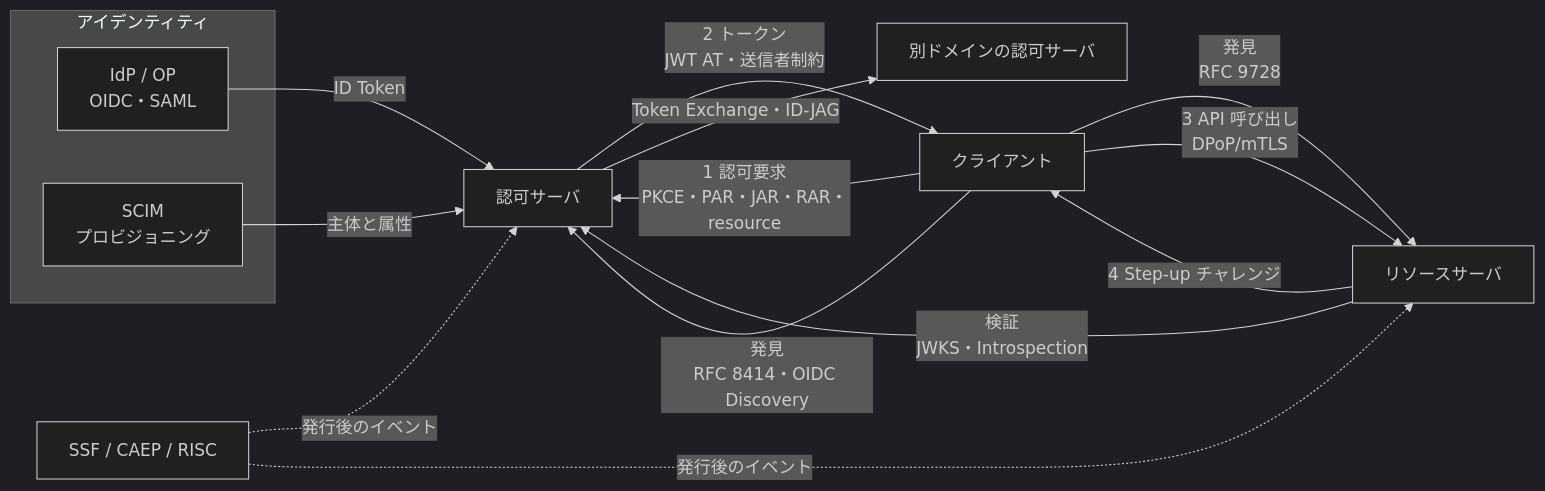
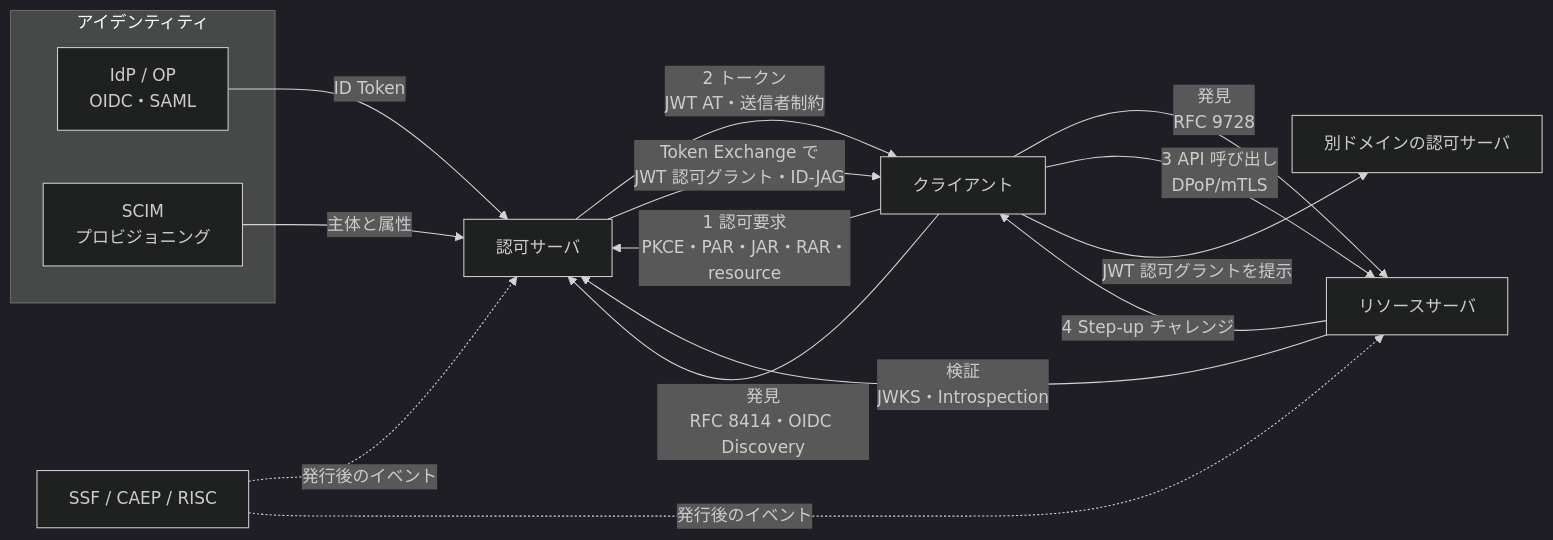
The first of 2 diagrams in content/ja/posts/oauth-standards-map-authorization-platform.md (bmf-san/bmf-tech), drawn with Mermaid (dark theme) before and after one commit. The commit also changed other lines of this file and 1 other file, not shown here.

First line of the commit message:
fix: OAuth 関連標準の地図の記事のドメイン横断の図と CIMD・ID-JAG・PAR の記述を原文に合わせる

````diff
--- a/content/ja/posts/oauth-standards-map-authorization-platform.md
+++ b/content/ja/posts/oauth-standards-map-authorization-platform.md
@@ -50,19 +50,20 @@
 ```mermaid
 flowchart LR
   subgraph ID["アイデンティティ"]
     IdP["IdP / OP<br/>OIDC・SAML"]
     SCIM["SCIM<br/>プロビジョニング"]
   end
   C["クライアント"] -- "1 認可要求<br/>PKCE・PAR・JAR・RAR・resource" --> AS["認可サーバ"]
   C -- "発見<br/>RFC 9728" --> RS["リソースサーバ"]
   C -- "発見<br/>RFC 8414・OIDC Discovery" --> AS
   AS -- "2 トークン<br/>JWT AT・送信者制約" --> C
   C -- "3 API 呼び出し<br/>DPoP/mTLS" --> RS
   RS -- "検証<br/>JWKS・Introspection" --> AS
   RS -- "4 Step-up チャレンジ" --> C
   IdP -- "ID Token" --> AS
   SCIM -- "主体と属性" --> AS
   T["SSF / CAEP / RISC"] -. "発行後のイベント" .-> AS
   T -. "発行後のイベント" .-> RS
-  AS -- "Token Exchange・ID-JAG" --> AS2["別ドメインの認可サーバ"]
+  AS -- "Token Exchange で<br/>JWT 認可グラント・ID-JAG" --> C
+  C -- "JWT 認可グラントを提示" --> AS2["別ドメインの認可サーバ"]
 ```
````
